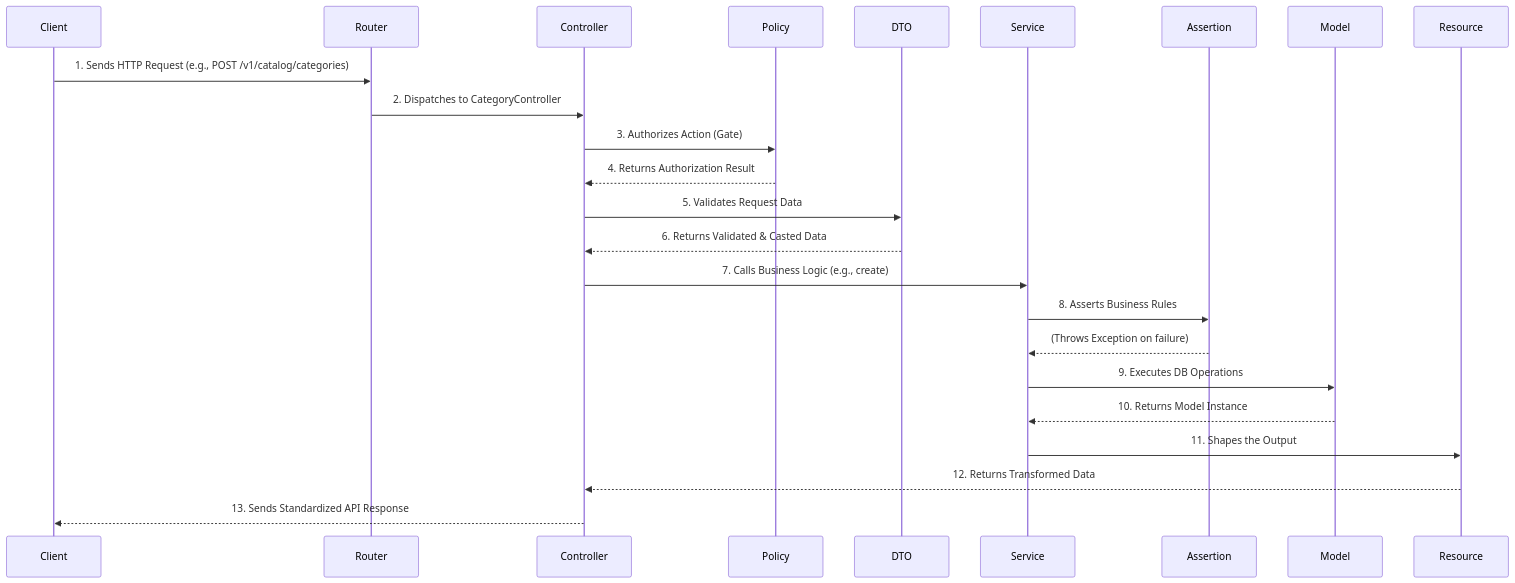
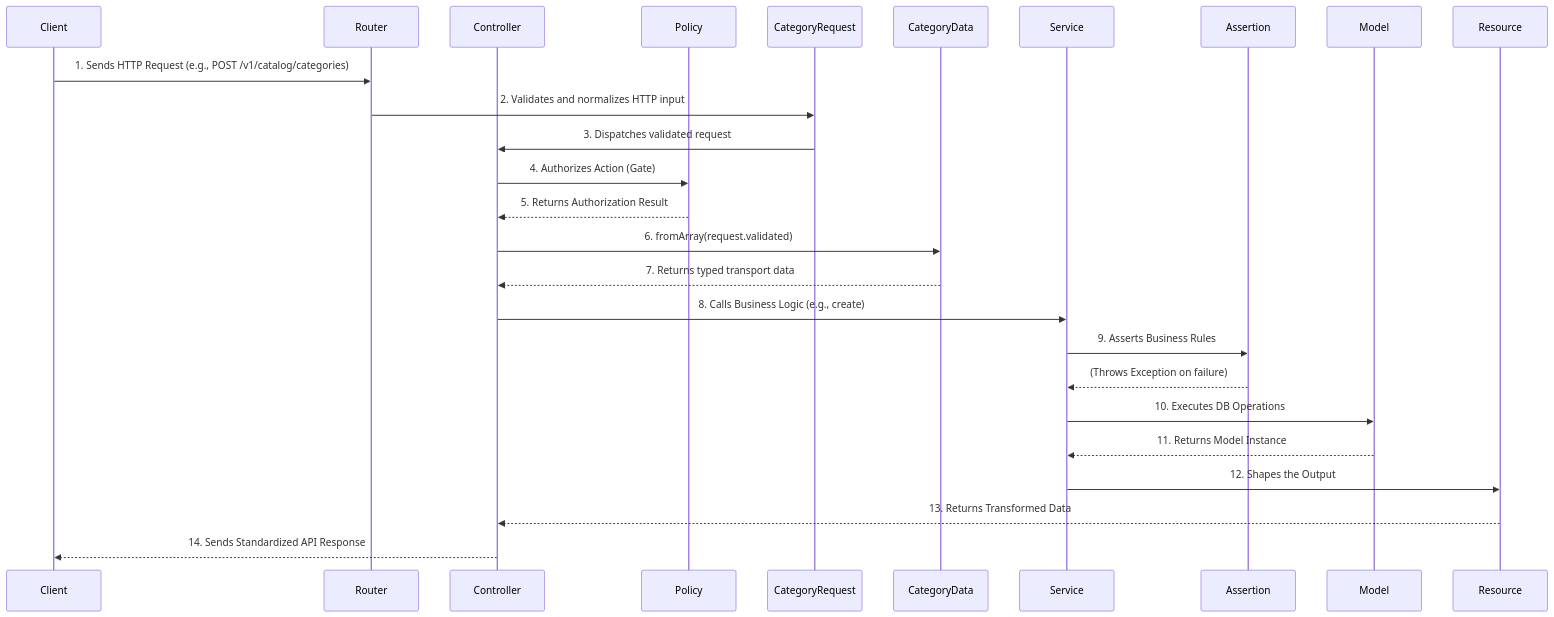
One commit to Tresor091005/my-api-boilerplate changed the diagram in docs/features/catalog-categories.md. Above: the diagram before and after it, drawn with Mermaid. The commit also changed other lines of this file and 175 other files, not shown here.

Commit message:
refactor: separate form requests from service data

````diff
--- a/docs/features/catalog-categories.md
+++ b/docs/features/catalog-categories.md
@@ -13,27 +13,29 @@
 ```mermaid
 sequenceDiagram
     participant Client
     participant Router
     participant Controller
     participant Policy
-    participant DTO
+    participant Request as CategoryRequest
+    participant Data as CategoryData
     participant Service
     participant Assertion
     participant Model
     participant Resource
 
     Client->>Router: 1. Sends HTTP Request (e.g., POST /v1/catalog/categories)
-    Router->>Controller: 2. Dispatches to CategoryController
-    Controller->>Policy: 3. Authorizes Action (Gate)
-    Policy-->>Controller: 4. Returns Authorization Result
-    Controller->>DTO: 5. Validates Request Data
-    DTO-->>Controller: 6. Returns Validated & Casted Data
-    Controller->>Service: 7. Calls Business Logic (e.g., create)
-    Service->>Assertion: 8. Asserts Business Rules
+    Router->>Request: 2. Validates and normalizes HTTP input
+    Request->>Controller: 3. Dispatches validated request
+    Controller->>Policy: 4. Authorizes Action (Gate)
+    Policy-->>Controller: 5. Returns Authorization Result
+    Controller->>Data: 6. fromArray(request.validated)
+    Data-->>Controller: 7. Returns typed transport data
+    Controller->>Service: 8. Calls Business Logic (e.g., create)
+    Service->>Assertion: 9. Asserts Business Rules
     Assertion-->>Service: (Throws Exception on failure)
-    Service->>Model: 9. Executes DB Operations
-    Model-->>Service: 10. Returns Model Instance
-    Service->>Resource: 11. Shapes the Output
-    Resource-->>Controller: 12. Returns Transformed Data
-    Controller-->>Client: 13. Sends Standardized API Response
+    Service->>Model: 10. Executes DB Operations
+    Model-->>Service: 11. Returns Model Instance
+    Service->>Resource: 12. Shapes the Output
+    Resource-->>Controller: 13. Returns Transformed Data
+    Controller-->>Client: 14. Sends Standardized API Response
 ```
````
